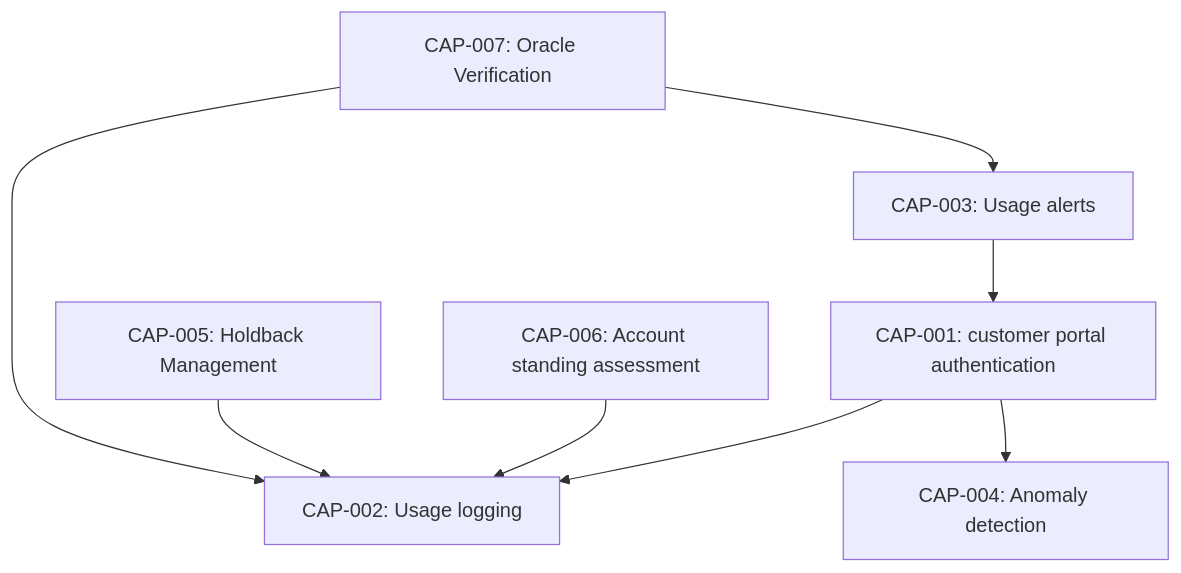
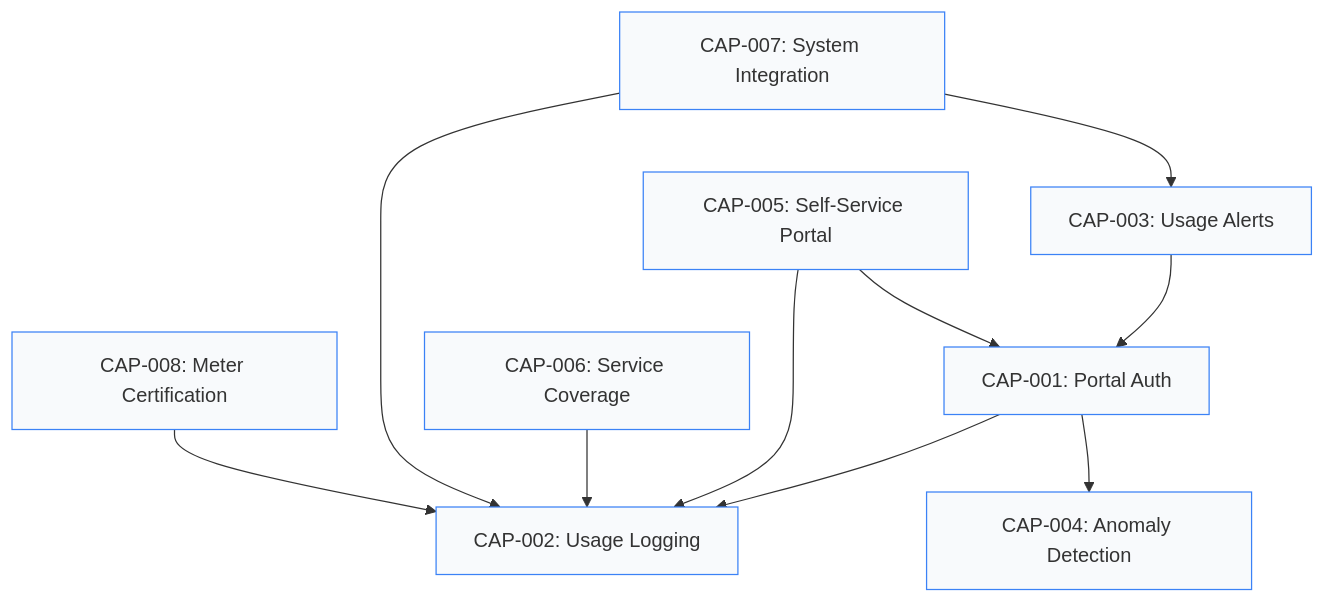
One commit to esimplicityinc/water-demo changed the second of 2 diagrams in docs/capabilities/index.md. Above: the diagram before and after it, drawn with Mermaid. The commit also changed other lines of this file and 39 other files, not shown here.

````diff
--- a/docs/capabilities/index.md
+++ b/docs/capabilities/index.md
@@ -67,10 +291,21 @@
 ```mermaid
 graph TD
-    CAP001[CAP-001: customer portal authentication] --> CAP002[CAP-002: Usage logging]
-    CAP001 --> CAP004[CAP-004: Anomaly detection]
-    CAP003[CAP-003: Usage alerts] --> CAP001
-    CAP005[CAP-005: Holdback Management] --> CAP002
-    CAP006[CAP-006: Account standing assessment] --> CAP002
-    CAP007[CAP-007: Oracle Verification] --> CAP002
+    CAP001[CAP-001: Portal Auth] --> CAP002[CAP-002: Usage Logging]
+    CAP001 --> CAP004[CAP-004: Anomaly Detection]
+    CAP003[CAP-003: Usage Alerts] --> CAP001
+    CAP005[CAP-005: Self-Service Portal] --> CAP001
+    CAP005 --> CAP002
+    CAP006[CAP-006: Service Coverage] --> CAP002
+    CAP007[CAP-007: System Integration] --> CAP002
     CAP007 --> CAP003
+    CAP008[CAP-008: Meter Certification] --> CAP002
+
+    style CAP001 fill:#f8fafc,stroke:#3b82f6
+    style CAP002 fill:#f8fafc,stroke:#3b82f6
+    style CAP003 fill:#f8fafc,stroke:#3b82f6
+    style CAP004 fill:#f8fafc,stroke:#3b82f6
+    style CAP005 fill:#f8fafc,stroke:#3b82f6
+    style CAP006 fill:#f8fafc,stroke:#3b82f6
+    style CAP007 fill:#f8fafc,stroke:#3b82f6
+    style CAP008 fill:#f8fafc,stroke:#3b82f6
 ```
````
